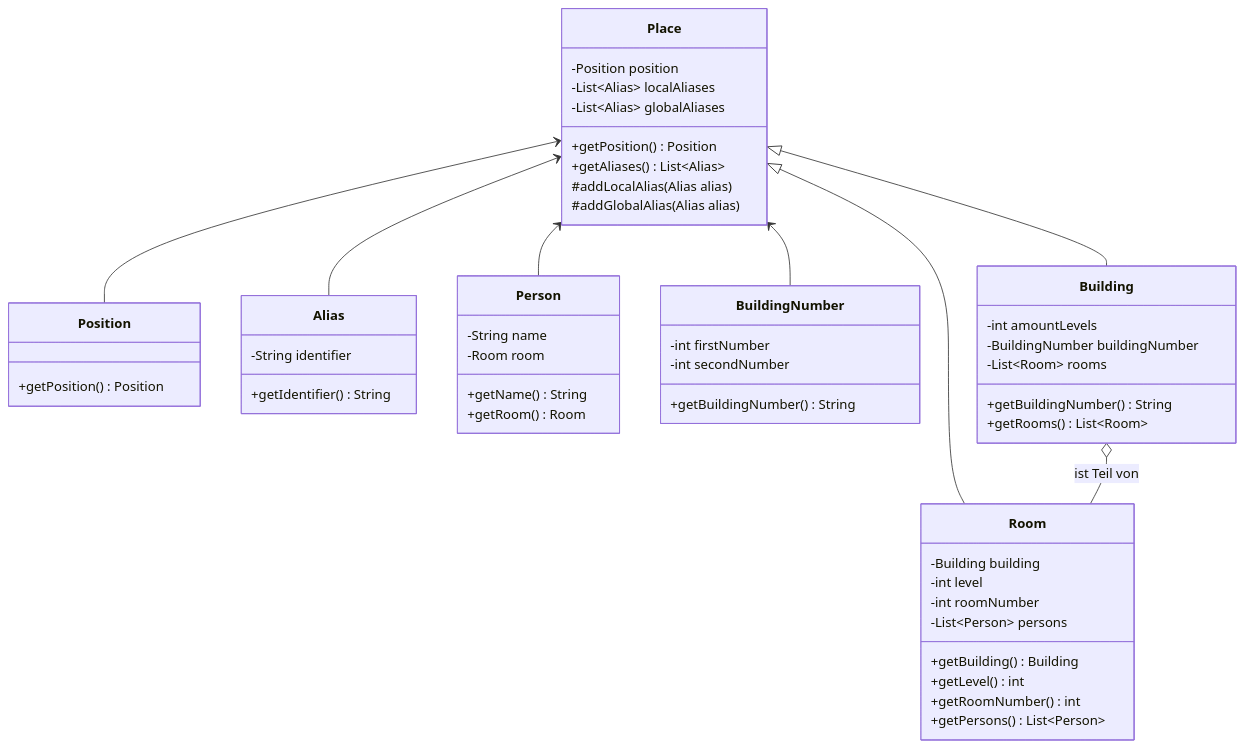
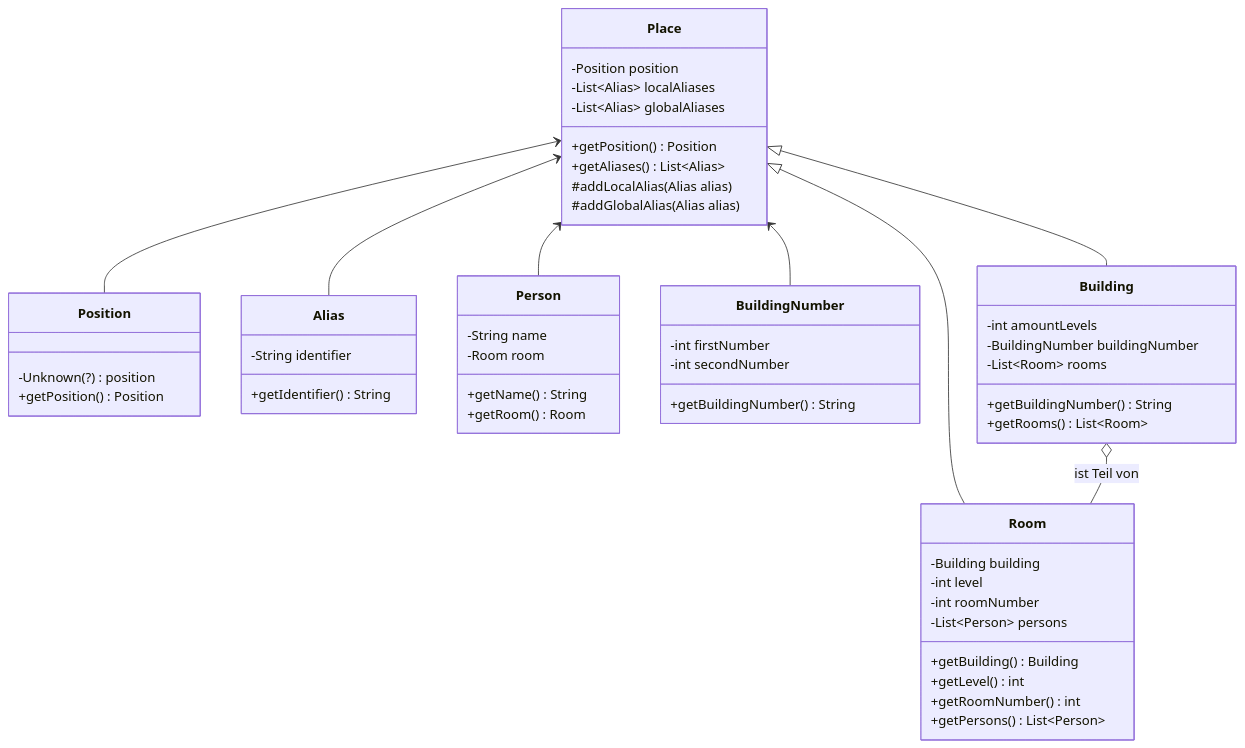
The diagram in Textuelle_Beschreibung/Grundbausteine/index.md (coderPaddyS/PSE_G3_Entwurf), drawn with Mermaid before and after one commit. The commit also changed 1 other file, not shown here.

Commit message:
Added class BuildingNumber in Grundbausteine.

````diff
--- a/Textuelle_Beschreibung/Grundbausteine/index.md
+++ b/Textuelle_Beschreibung/Grundbausteine/index.md
@@ -1,63 +1,64 @@
 ```mermaid
 classDiagram
     class Position {
+        -Unknown(?) position
         +getPosition() Position
     }
 
     class Alias {
         -String identifier
         +getIdentifier() String
     }
 
     class Person {
         -String name
         -Room room
         +getName() String
         +getRoom() Room
     }
 
     class BuildingNumber {
         -int firstNumber
         -int secondNumber
         +getBuildingNumber() String
     }
 
     class Place {
         -Position position
         -List~Alias~ localAliases
         -List~Alias~ globalAliases
         +getPosition() Position
         +getAliases() List~Alias~
         #addLocalAlias(Alias alias)
         #addGlobalAlias(Alias alias)
     }
 
     class Building {
         -int amountLevels
         -BuildingNumber buildingNumber
         -List~Room~ rooms
         +getBuildingNumber() String
         +getRooms() List~Room~
     }
 
     class Room {
         -Building building
         -int level
         -int roomNumber
         -List~Person~ persons
         +getBuilding() Building
         +getLevel() int
         +getRoomNumber() int
         +getPersons() List~Person~
     }
 
 
     Place <|-- Building
     Place <|-- Room
     Building o-- Room : ist Teil von
     Place <-- BuildingNumber
     Place <-- Alias
     Place <-- Position
     Place <-- Person
 
 ```
````
